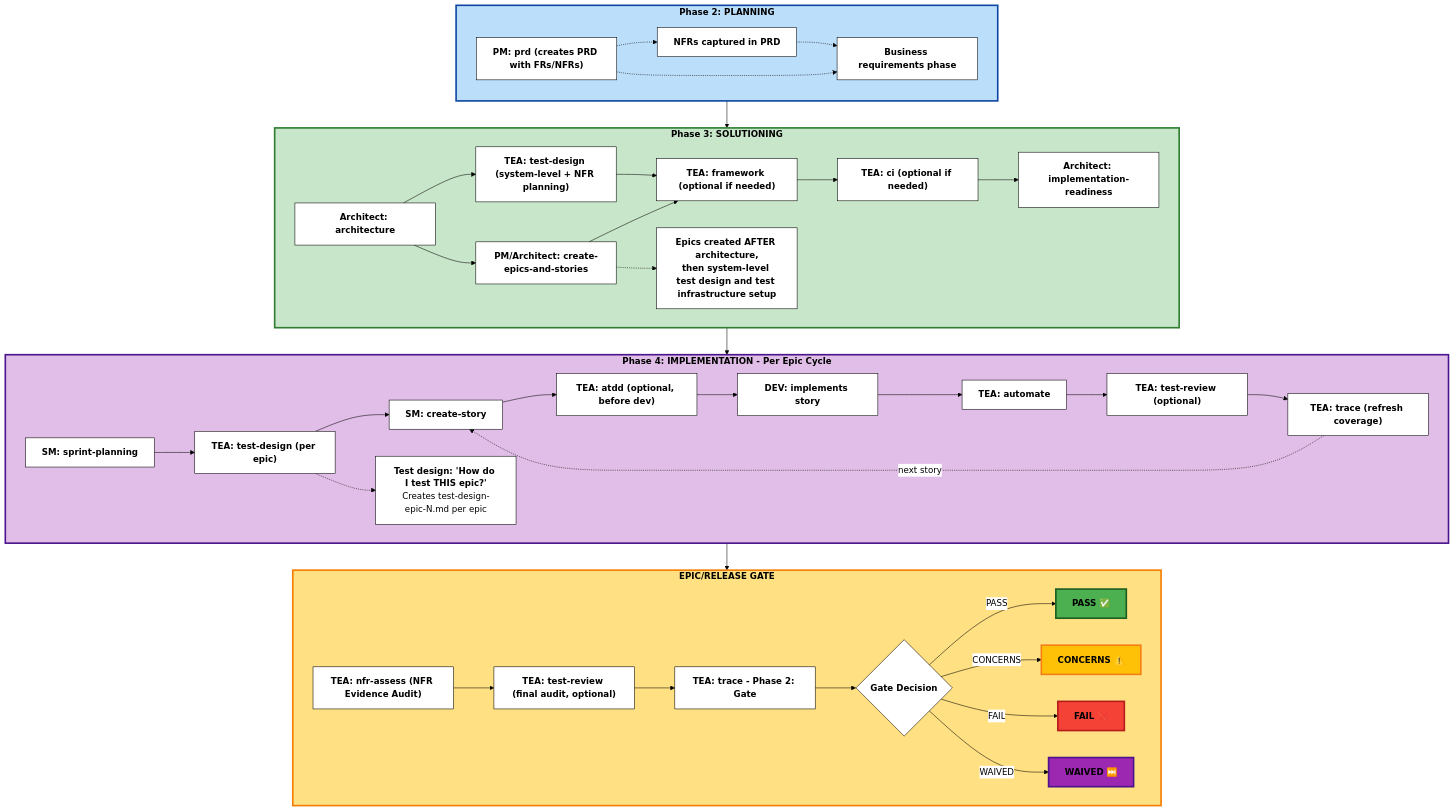
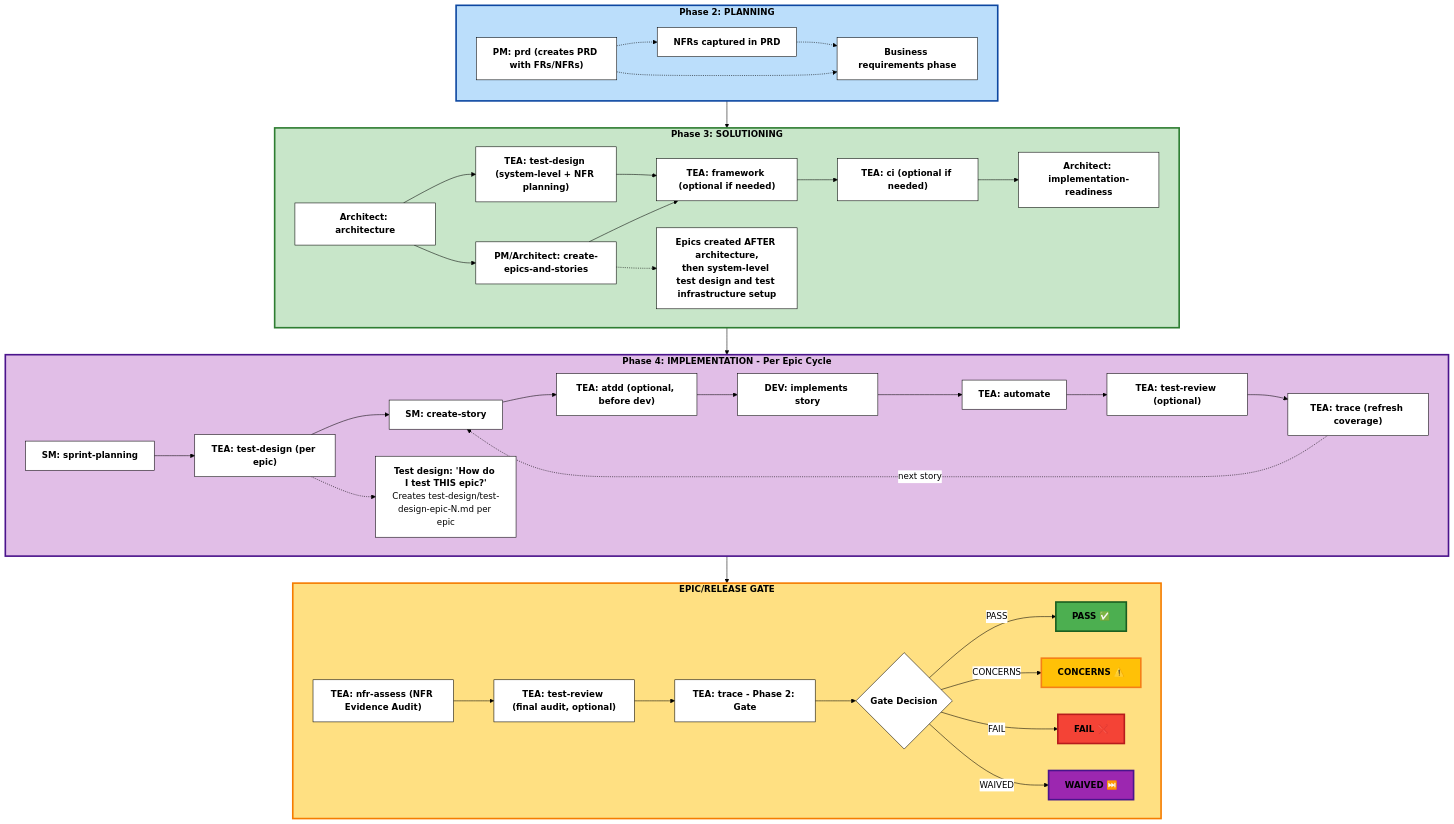
Before and after one commit to bmad-code-org/bmad-method-test-architecture-enterprise: the diagram in docs/explanation/tea-overview.md, drawn with Mermaid. The commit also changed other lines of this file and 331 other files, not shown here.

````diff
--- a/docs/explanation/tea-overview.md
+++ b/docs/explanation/tea-overview.md
@@ -52,79 +52,79 @@
 ```mermaid
 %%{init: {'theme':'base', 'themeVariables': { 'primaryColor':'#fff','primaryTextColor':'#000','primaryBorderColor':'#000','lineColor':'#000','secondaryColor':'#fff','tertiaryColor':'#fff','fontSize':'16px','fontFamily':'arial'}}}%%
 graph TB
     subgraph Phase2["<b>Phase 2: PLANNING</b>"]
         PM["<b>PM: prd (creates PRD with FRs/NFRs)</b>"]
         PlanNote["<b>Business requirements phase</b>"]
         NFR2["<b>NFRs captured in PRD</b>"]
         PM -.-> NFR2
         NFR2 -.-> PlanNote
         PM -.-> PlanNote
     end
 
     subgraph Phase3["<b>Phase 3: SOLUTIONING</b>"]
         Architecture["<b>Architect: architecture</b>"]
         EpicsStories["<b>PM/Architect: create-epics-and-stories</b>"]
         TestDesignSys["<b>TEA: test-design (system-level + NFR planning)</b>"]
         Framework["<b>TEA: framework (optional if needed)</b>"]
         CI["<b>TEA: ci (optional if needed)</b>"]
         GateCheck["<b>Architect: implementation-readiness</b>"]
         Architecture --> EpicsStories
         Architecture --> TestDesignSys
         TestDesignSys --> Framework
         EpicsStories --> Framework
         Framework --> CI
         CI --> GateCheck
         Phase3Note["<b>Epics created AFTER architecture,</b><br/><b>then system-level test design and test infrastructure setup</b>"]
         EpicsStories -.-> Phase3Note
     end
 
     subgraph Phase4["<b>Phase 4: IMPLEMENTATION - Per Epic Cycle</b>"]
         SprintPlan["<b>SM: sprint-planning</b>"]
         TestDesign["<b>TEA: test-design (per epic)</b>"]
         CreateStory["<b>SM: create-story</b>"]
         ATDD["<b>TEA: atdd (optional, before dev)</b>"]
         DevImpl["<b>DEV: implements story</b>"]
         Automate["<b>TEA: automate</b>"]
         TestReview1["<b>TEA: test-review (optional)</b>"]
         Trace1["<b>TEA: trace (refresh coverage)</b>"]
 
         SprintPlan --> TestDesign
         TestDesign --> CreateStory
         CreateStory --> ATDD
         ATDD --> DevImpl
         DevImpl --> Automate
         Automate --> TestReview1
         TestReview1 --> Trace1
         Trace1 -.->|next story| CreateStory
-        TestDesignNote["<b>Test design: 'How do I test THIS epic?'</b><br/>Creates test-design-epic-N.md per epic"]
+        TestDesignNote["<b>Test design: 'How do I test THIS epic?'</b><br/>Creates test-design/test-design-epic-N.md per epic"]
         TestDesign -.-> TestDesignNote
     end
 
     subgraph Gate["<b>EPIC/RELEASE GATE</b>"]
         NFR["<b>TEA: nfr-assess (NFR Evidence Audit)</b>"]
         TestReview2["<b>TEA: test-review (final audit, optional)</b>"]
         TraceGate["<b>TEA: trace - Phase 2: Gate</b>"]
         GateDecision{"<b>Gate Decision</b>"}
 
         NFR --> TestReview2
         TestReview2 --> TraceGate
         TraceGate --> GateDecision
         GateDecision -->|PASS| Pass["<b>PASS ✅</b>"]
         GateDecision -->|CONCERNS| Concerns["<b>CONCERNS ⚠️</b>"]
         GateDecision -->|FAIL| Fail["<b>FAIL ❌</b>"]
         GateDecision -->|WAIVED| Waived["<b>WAIVED ⏭️</b>"]
     end
 
     Phase2 --> Phase3
     Phase3 --> Phase4
     Phase4 --> Gate
 
     style Phase2 fill:#bbdefb,stroke:#0d47a1,stroke-width:3px,color:#000
     style Phase3 fill:#c8e6c9,stroke:#2e7d32,stroke-width:3px,color:#000
     style Phase4 fill:#e1bee7,stroke:#4a148c,stroke-width:3px,color:#000
     style Gate fill:#ffe082,stroke:#f57c00,stroke-width:3px,color:#000
     style Pass fill:#4caf50,stroke:#1b5e20,stroke-width:3px,color:#000
     style Concerns fill:#ffc107,stroke:#f57f17,stroke-width:3px,color:#000
     style Fail fill:#f44336,stroke:#b71c1c,stroke-width:3px,color:#000
     style Waived fill:#9c27b0,stroke:#4a148c,stroke-width:3px,color:#000
 ```
````
